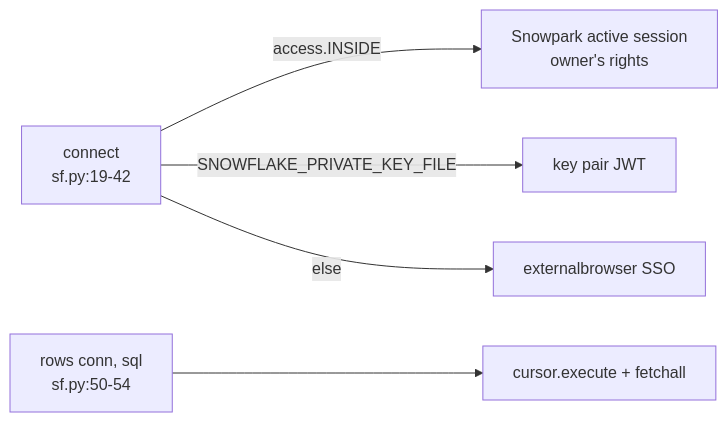
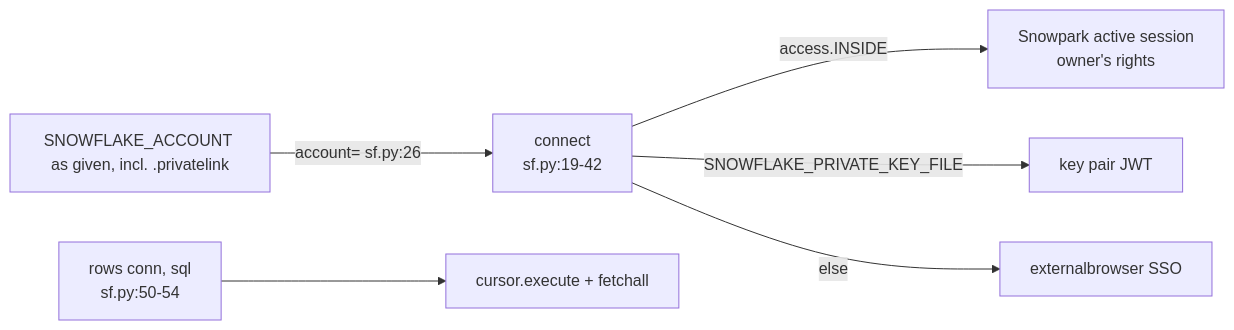
Before and after one commit to darshanmeel/snowflake-access-explorer: the diagram in snowflake-access-explorer-knowledge-graph/modules/sf.md, drawn with Mermaid. The commit also changed other lines of this file and 24 other files, not shown here.

Commit message:
Knowledge graph: PrivateLink login (README.md and README.html), README line refs refreshed

````diff
--- a/snowflake-access-explorer-knowledge-graph/modules/sf.md
+++ b/snowflake-access-explorer-knowledge-graph/modules/sf.md
@@ -6,7 +6,8 @@
 ```mermaid
 flowchart LR
   C[connect<br/>sf.py:19-42] -->|access.INSIDE| SP[Snowpark active session<br/>owner's rights]
   C -->|SNOWFLAKE_PRIVATE_KEY_FILE| KP[key pair JWT]
   C -->|else| SSO[externalbrowser SSO]
+  ENV[SNOWFLAKE_ACCOUNT as given, incl. .privatelink] -->|account= sf.py:26| C
   R[rows conn, sql<br/>sf.py:50-54] --> CUR[cursor.execute + fetchall]
 ```
````
